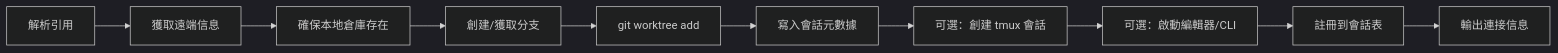
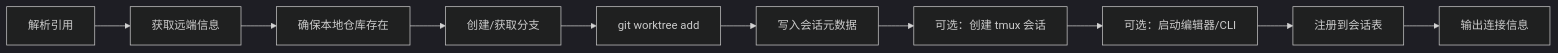
Before and after one commit to gogojaja/DevProjectTeamSkill: the diagram in .trae/skills/dev-project-team-skill/skills/worktree-isolation/SKILL.md, drawn with Mermaid (dark theme). The commit also changed other lines of this file and 69 other files, not shown here.

````diff
--- a/.trae/skills/dev-project-team-skill/skills/worktree-isolation/SKILL.md
+++ b/.trae/skills/dev-project-team-skill/skills/worktree-isolation/SKILL.md
@@ -60,12 +62,12 @@
 ```mermaid
 graph LR
-  A[解析引用] --> B[獲取遠端信息]
-  B --> C[確保本地倉庫存在]
-  C --> D[創建/獲取分支]
+  A[解析引用] --> B[获取远端信息]
+  B --> C[确保本地仓库存在]
+  C --> D[创建/获取分支]
   D --> E[git worktree add]
-  E --> F[寫入會話元數據]
-  F --> G[可選：創建 tmux 會話]
-  G --> H[可選：啟動編輯器/CLI]
-  H --> I[註冊到會話表]
-  I --> J[輸出連接信息]
+  E --> F[写入会话元数据]
+  F --> G[可选：创建 tmux 会话]
+  G --> H[可选：启动编辑器/CLI]
+  H --> I[注册到会话表]
+  I --> J[输出连接信息]
 ```
````
